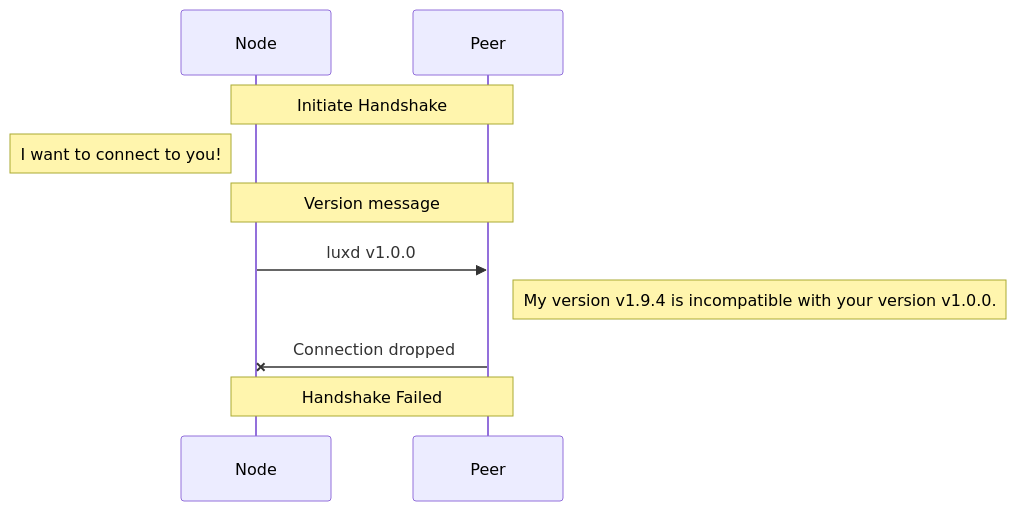
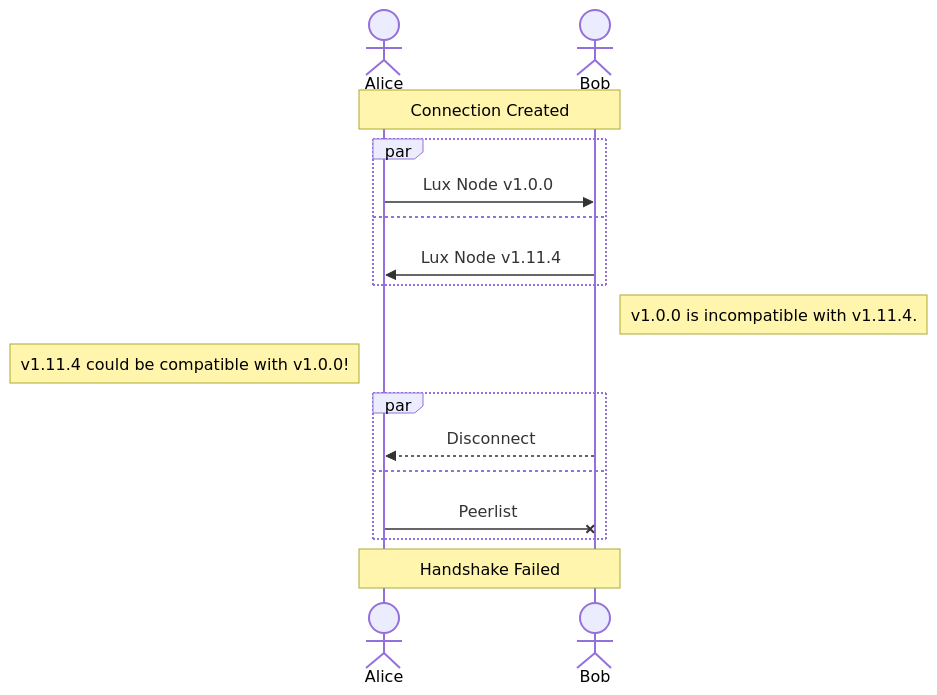
The second of 5 diagrams in network/README.md (luxfi/node), drawn with Mermaid before and after one commit. The commit also changed other lines of this file and 1613 other files, not shown here.

Commit message:
Lux Node v1.11.10

````diff
--- a/network/README.md
+++ b/network/README.md
@@ -59,10 +62,19 @@
 ```mermaid
 sequenceDiagram
-Note over Node,Peer: Initiate Handshake
-Note left of Node: I want to connect to you!
-Note over Node,Peer: Version message
-Node->>Peer: luxd v1.0.0
-Note right of Peer: My version v1.9.4 is incompatible with your version v1.0.0.
-Peer-xNode: Connection dropped
-Note over Node,Peer: Handshake Failed
+    actor Alice
+    actor Bob
+    Note over Alice,Bob: Connection Created
+    par
+        Alice->>Bob: Lux Node v1.0.0
+    and
+        Bob->>Alice: Lux Node v1.11.4
+    end
+    Note right of Bob: v1.0.0 is incompatible with v1.11.4.
+    Note left of Alice: v1.11.4 could be compatible with v1.0.0!
+    par
+        Bob-->>Alice: Disconnect
+    and
+        Alice-XBob: Peerlist
+    end
+    Note over Alice,Bob: Handshake Failed
 ```
````
